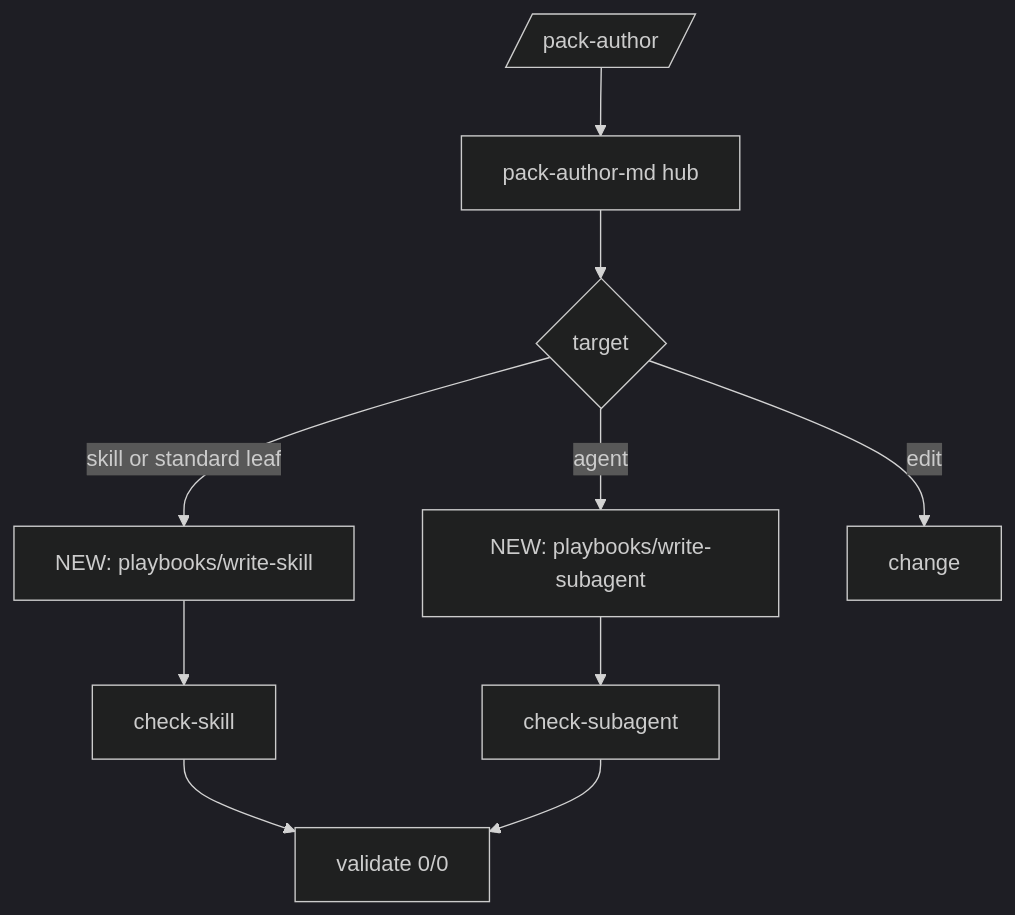
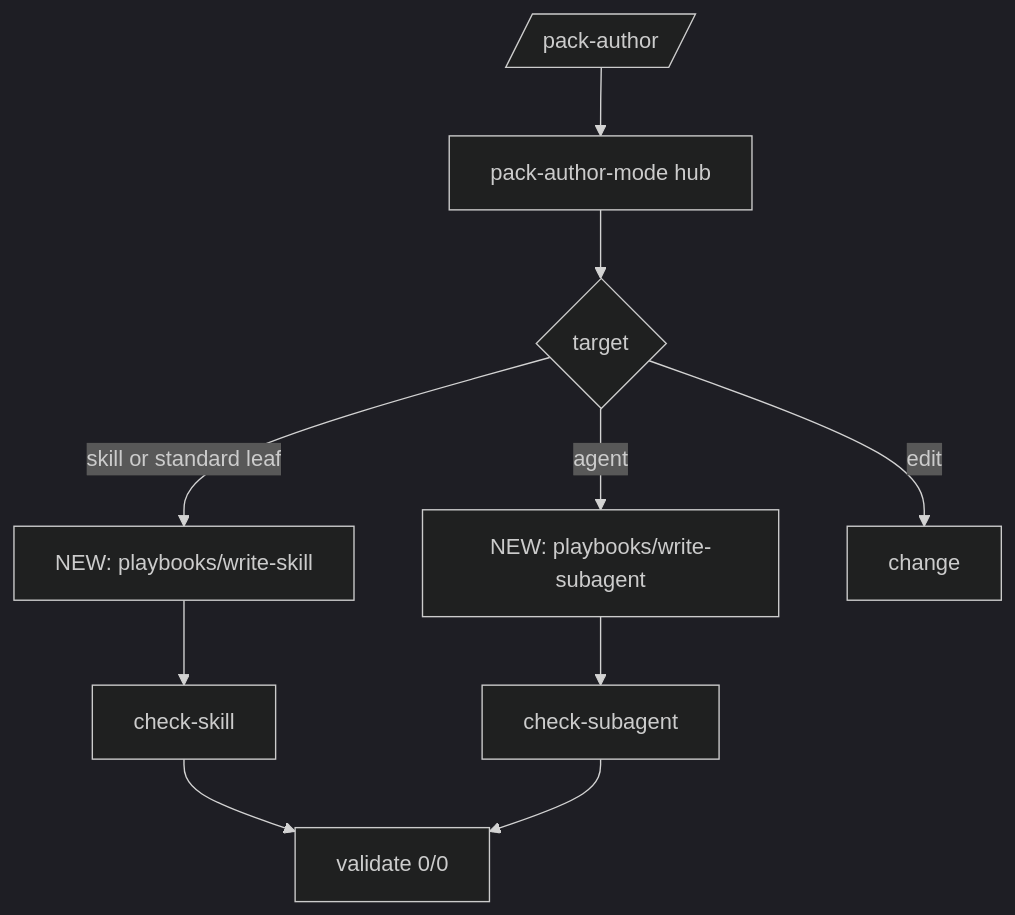
The sixth of 6 diagrams in docs/pbi/squad/FLOWS.md (svennijhuis/agentPacks), drawn with Mermaid (dark theme) before and after one commit. The commit also changed other lines of this file and 27 other files, not shown here.

Commit message:
docs(pbi/squad): hubs renamed to poteto style -mode (squad-mode, pack-author-mode, pack-check-mode, statechart-mode, scenarios-mode, security-audit-mode); old -md dirs move with pointer until GA07; today paths keep main names

````diff
--- a/docs/pbi/squad/FLOWS.md
+++ b/docs/pbi/squad/FLOWS.md
@@ -193,10 +193,10 @@
 ```mermaid
 flowchart TD
-  C[/pack-author/] --> H[pack-author-md hub]
+  C[/pack-author/] --> H[pack-author-mode hub]
   H --> K{target}
   K -->|skill or standard leaf| WS[NEW: playbooks/write-skill] --> CS[check-skill]
   K -->|agent| WA[NEW: playbooks/write-subagent] --> CA[check-subagent]
   K -->|edit| CH[change]
   CS --> V[validate 0/0]
   CA --> V
 ```
````
